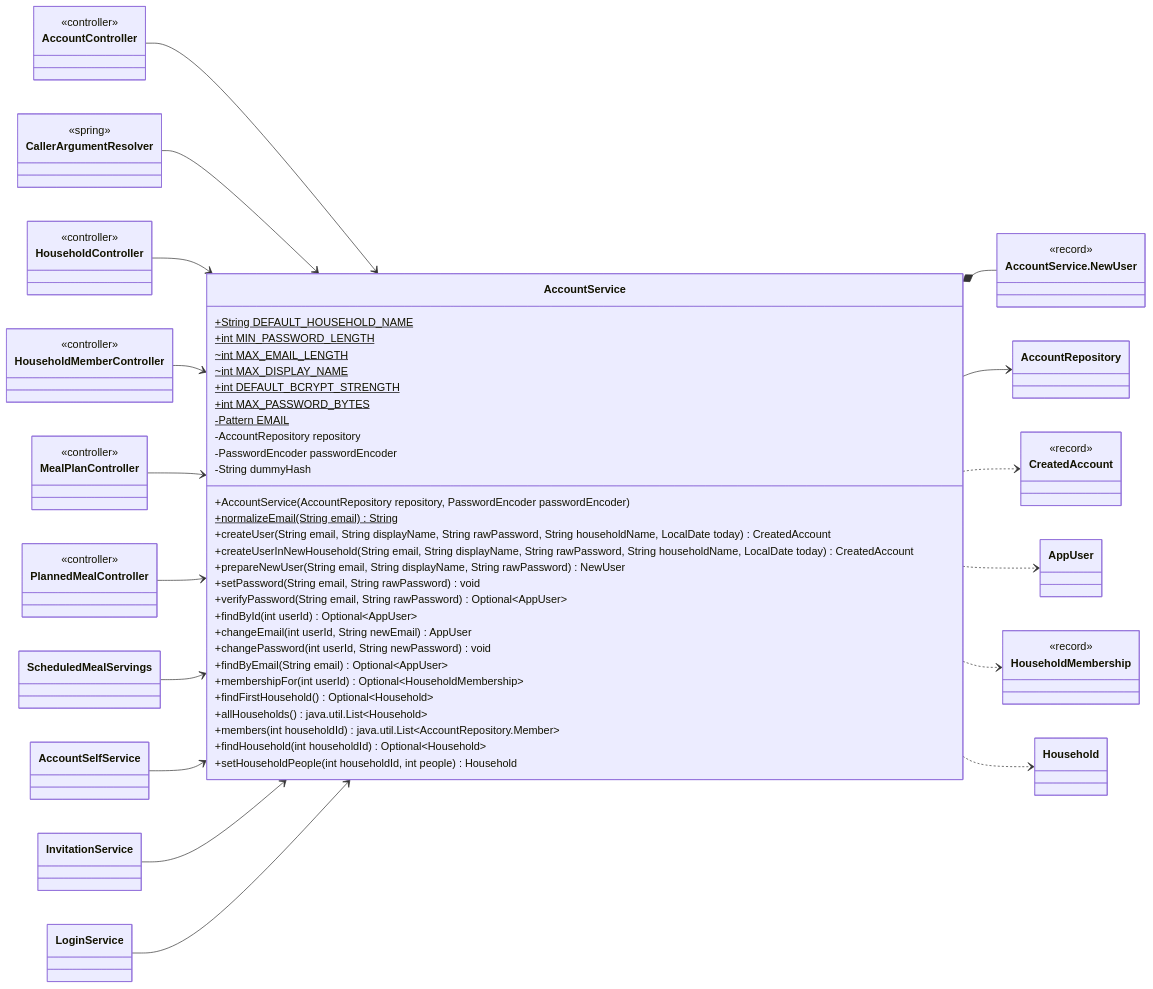
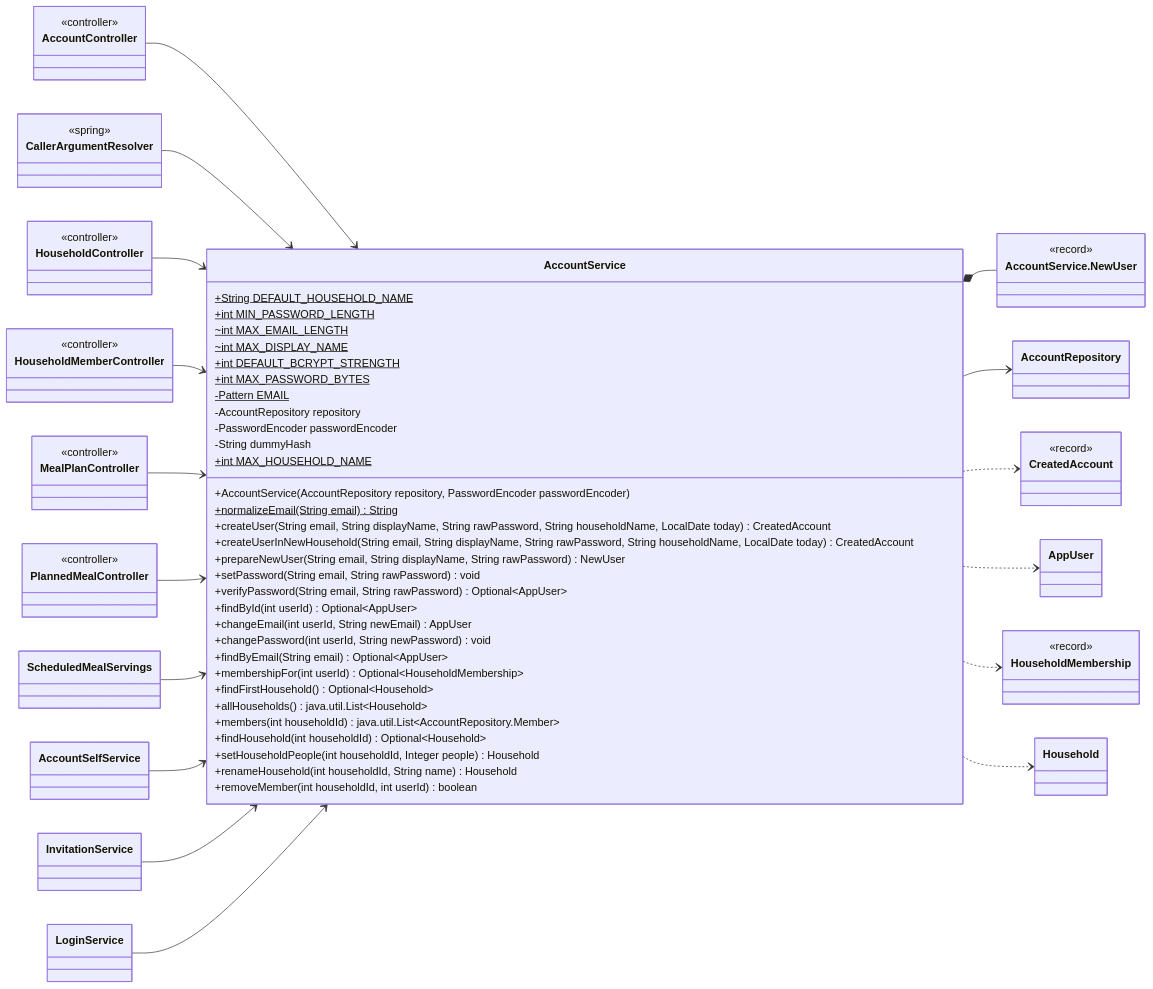
One commit to Nate-ryan-7690/dahaem changed the fifth of 26 diagrams in docs/classes/auth.md. Above: the diagram before and after it, drawn with Mermaid. The commit also changed other lines of this file and 5 other files, not shown here.

```diff
--- a/docs/classes/auth.md
+++ b/docs/classes/auth.md
@@ -317,7 +321,10 @@
         +allHouseholds() java.util.List~Household~
         +members(int householdId) java.util.List~AccountRepository.Member~
         +findHousehold(int householdId) Optional~Household~
-        +setHouseholdPeople(int householdId, int people) Household
+        +setHouseholdPeople(int householdId, Integer people) Household
+        +int MAX_HOUSEHOLD_NAME$
+        +renameHousehold(int householdId, String name) Household
+        +removeMember(int householdId, int userId) boolean
     }
     class auth_AccountService_NewUser["AccountService.NewUser"] {
         <<record>>
```
